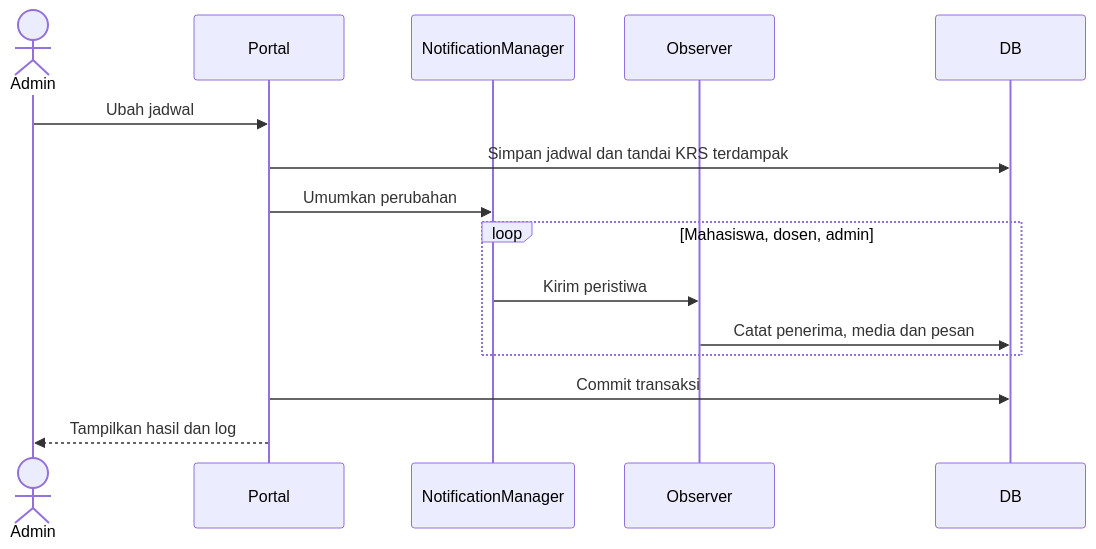
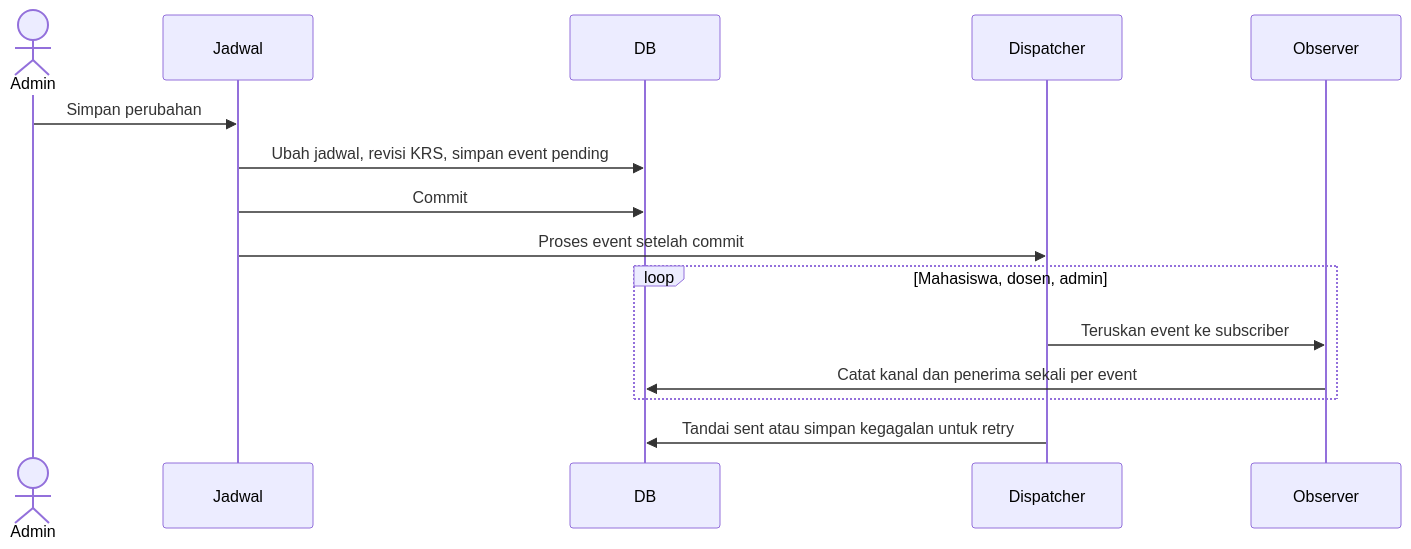
One commit to RaijinWasDev/Tugas-OOP-smtr3 changed the diagram in tugas/minggu_08_perubahan_jadwal/README.md. Above: the diagram before and after it, drawn with Mermaid. The commit also changed other lines of this file and 11 other files, not shown here.

```diff
--- a/tugas/minggu_08_perubahan_jadwal/README.md
+++ b/tugas/minggu_08_perubahan_jadwal/README.md
@@ -13,17 +25,17 @@
 ~~~mermaid
 sequenceDiagram
     actor Admin
-    participant Portal
-    participant Manager as NotificationManager
+    participant Jadwal
+    participant DB
+    participant Dispatcher
     participant Observer
-    participant DB
-    Admin->>Portal: Ubah jadwal
-    Portal->>DB: Simpan jadwal dan tandai KRS terdampak
-    Portal->>Manager: Umumkan perubahan
+    Admin->>Jadwal: Simpan perubahan
+    Jadwal->>DB: Ubah jadwal, revisi KRS, simpan event pending
+    Jadwal->>DB: Commit
+    Jadwal->>Dispatcher: Proses event setelah commit
     loop Mahasiswa, dosen, admin
-        Manager->>Observer: Kirim peristiwa
-        Observer->>DB: Catat penerima, media dan pesan
+        Dispatcher->>Observer: Teruskan event ke subscriber
+        Observer->>DB: Catat kanal dan penerima sekali per event
     end
-    Portal->>DB: Commit transaksi
-    Portal-->>Admin: Tampilkan hasil dan log
+    Dispatcher->>DB: Tandai sent atau simpan kegagalan untuk retry
 ~~~
```
